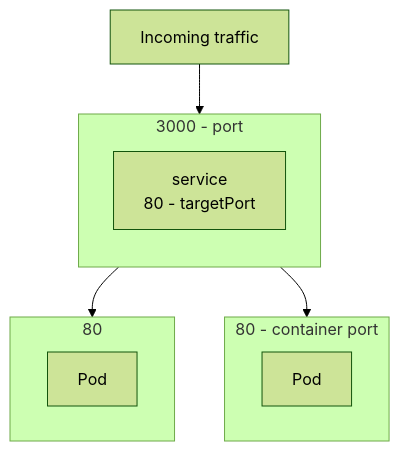
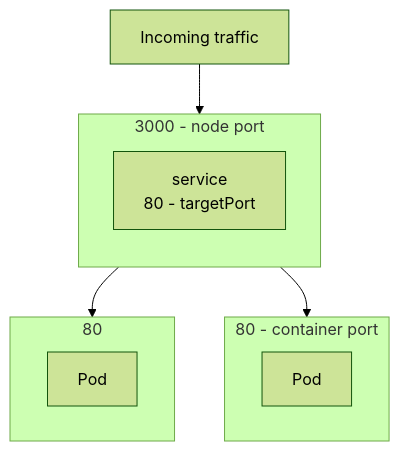
The fifth of 5 diagrams in ckad_notes.md (tejada7/Java-Certification), drawn with Mermaid (forest theme) before and after one commit. The commit also changed other lines of this file, not shown here.

````diff
--- a/ckad_notes.md
+++ b/ckad_notes.md
@@ -572,18 +578,18 @@
 ```mermaid
 flowchart TD
 ;
     top["Incoming traffic"] --> port 
-    subgraph port[3000 - port]
+    subgraph port[3000 - node port]
         direction TB
         service[service\n80 - targetPort]
     end
     subgraph Pod[80]
         minipod[Pod]
     end
     service --> Pod[80]
     subgraph Pod1[80 - container port]
         minipod1[Pod]
     end
     service --> Pod1
 
 ```
````
